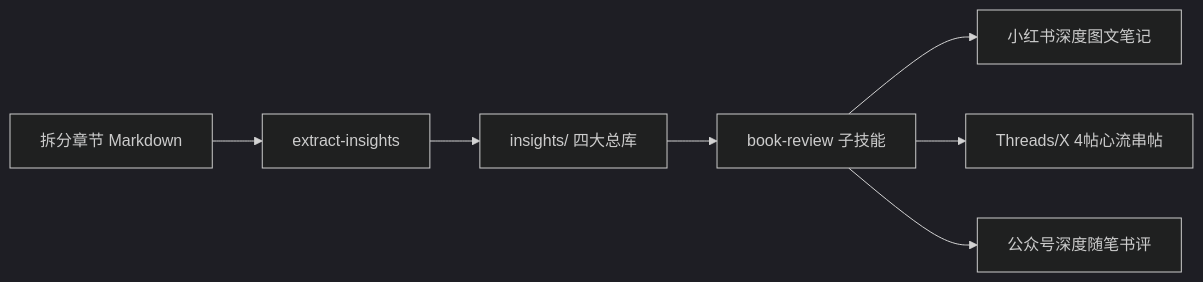
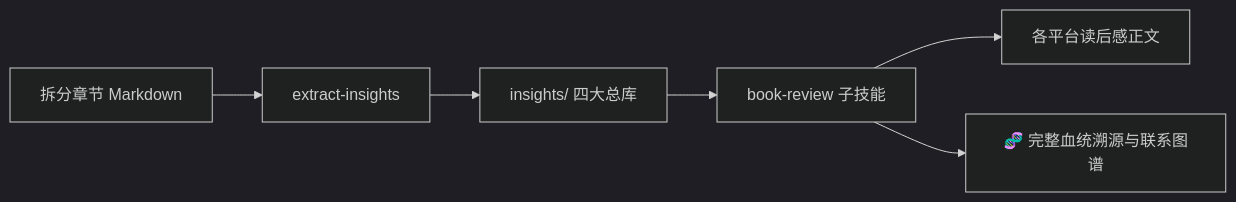
The diagram in subskills/book-review/SKILL.md (ubworkshop/book-distiller), drawn with Mermaid (dark theme) before and after one commit. The commit also changed other lines of this file and 4 other files, not shown here.

Commit message:
feat: add full lineage & provenance graph to book-review sub-skill (v2.7)

````diff
--- a/subskills/book-review/SKILL.md
+++ b/subskills/book-review/SKILL.md
@@ -39,9 +48,8 @@
 ```mermaid
 flowchart LR
     A[拆分章节 Markdown] --> B[extract-insights]
     B --> C[insights/ 四大总库]
     C --> D[book-review 子技能]
-    D --> E[小红书深度图文笔记]
-    D --> F[Threads/X 4帖心流串帖]
-    D --> G[公众号深度随笔书评]
+    D --> E[各平台读后感正文]
+    D --> F[🧬 完整血统溯源与联系图谱]
 ```
````
